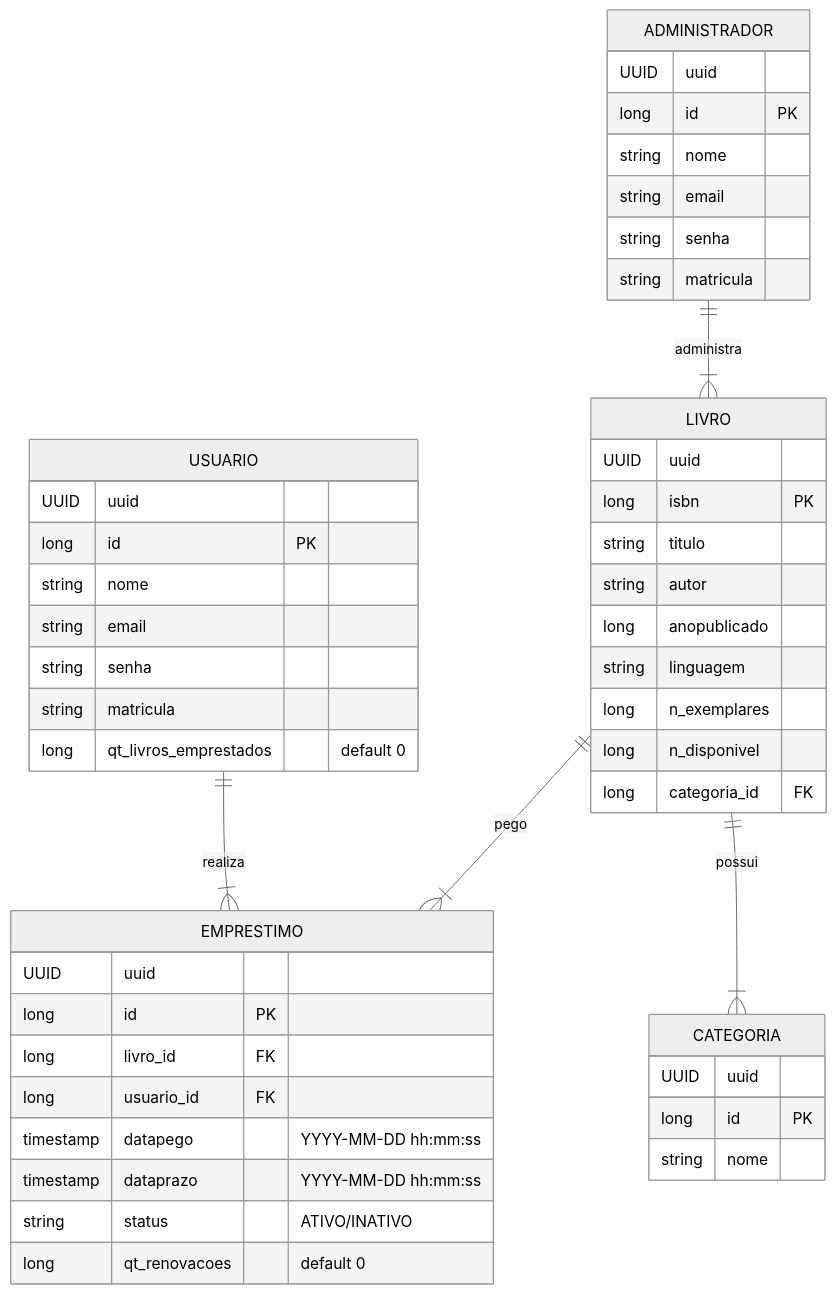
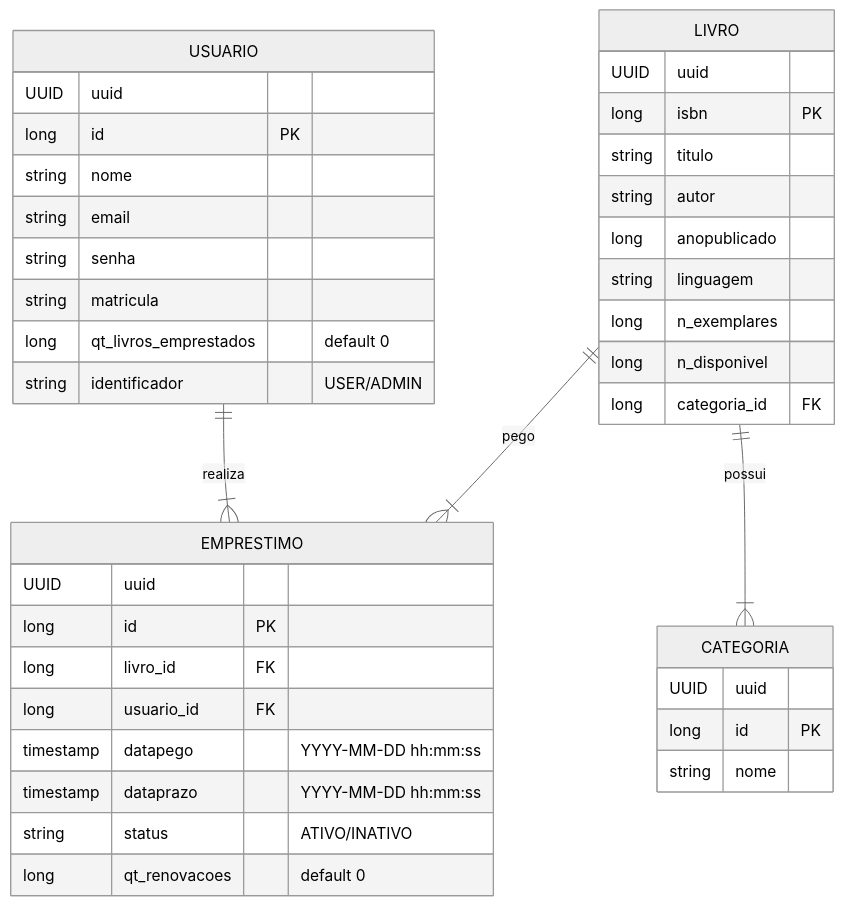
One commit to yrwnds/bibliotecadigital changed the diagram in modeloER.mmd. Above: the diagram before and after it, drawn with Mermaid (neutral theme).

```diff
--- a/modeloER.mmd
+++ b/modeloER.mmd
@@ -1,48 +1,40 @@
 erDiagram
     USUARIO ||--|{ EMPRESTIMO : realiza
     LIVRO ||--|{ EMPRESTIMO : pego
     LIVRO ||--|{ CATEGORIA : possui
-    ADMINISTRADOR ||--|{ LIVRO : administra
 
     USUARIO {
         UUID uuid
         long id PK
         string nome
         string email
         string senha
         string matricula
         long qt_livros_emprestados "default 0"
-    }
-    ADMINISTRADOR {
-        UUID uuid
-        long id PK
-        string nome
-        string email
-        string senha
-        string matricula
+        string identificador "USER/ADMIN"
     }
     LIVRO {        UUID uuid
         long isbn PK
         string titulo
         string autor
         long anopublicado
         string linguagem
         long n_exemplares
         long n_disponivel
         long categoria_id FK
     }
     EMPRESTIMO {
         UUID uuid
         long id PK
         long livro_id FK
         long usuario_id FK
         timestamp datapego "YYYY-MM-DD hh:mm:ss"
         timestamp dataprazo "YYYY-MM-DD hh:mm:ss"
         string status "ATIVO/INATIVO"
         long qt_renovacoes "default 0"
     }
     CATEGORIA{
         UUID uuid
         long id PK
         string nome
     }
```
